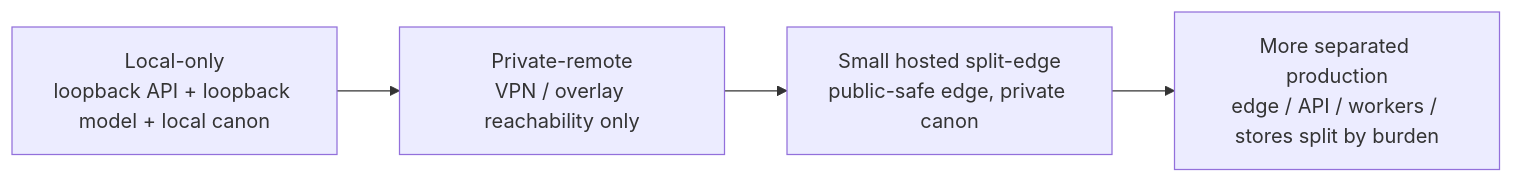
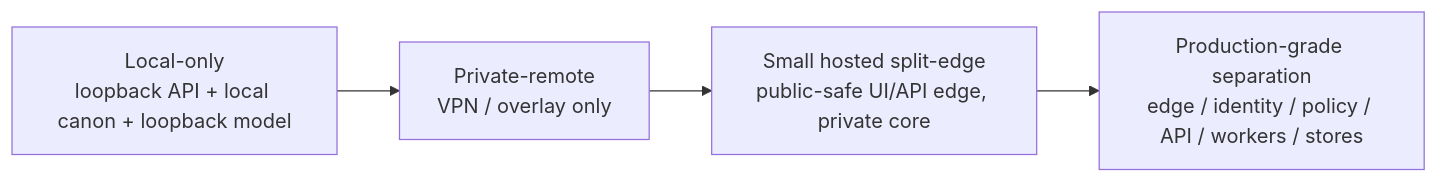
One commit to bartytime4life/Kansas-Frontier-Matrix changed the second of 2 diagrams in docs/architecture/DEPLOYMENT_TOPOLOGY.md. Above: the diagram before and after it, drawn with Mermaid. The commit also changed other lines of this file, not shown here.

````diff
--- a/docs/architecture/DEPLOYMENT_TOPOLOGY.md
+++ b/docs/architecture/DEPLOYMENT_TOPOLOGY.md
@@ -255,7 +271,7 @@
 ```mermaid
 flowchart LR
-    A["Local-only<br/>loopback API + loopback model + local canon"] --> 
-    B["Private-remote<br/>VPN / overlay reachability only"] --> 
-    C["Small hosted split-edge<br/>public-safe edge, private canon"] --> 
-    D["More separated production<br/>edge / API / workers / stores split by burden"]
+    A["Local-only<br/>loopback API + local canon + loopback model"] -->
+    B["Private-remote<br/>VPN / overlay only"] -->
+    C["Small hosted split-edge<br/>public-safe UI/API edge, private core"] -->
+    D["Production-grade separation<br/>edge / identity / policy / API / workers / stores"]
 ```
````
